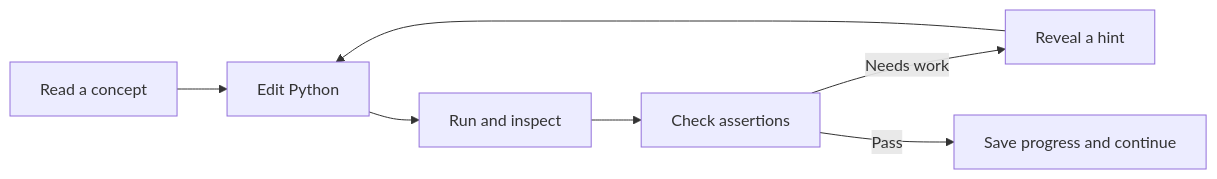
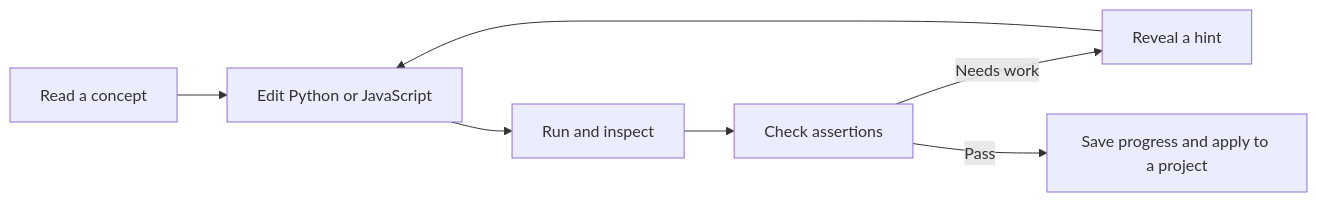
Before and after one commit to ShmalexM/ml-workshop: the diagram in README.md, drawn with Mermaid. The commit also changed other lines of this file and 29 other files, not shown here.

````diff
--- a/README.md
+++ b/README.md
@@ -47,9 +54,9 @@
 ```mermaid
 flowchart LR
-  A[Read a concept] --> B[Edit Python]
+  A[Read a concept] --> B[Edit Python or JavaScript]
   B --> C[Run and inspect]
   C --> D[Check assertions]
   D -->|Needs work| E[Reveal a hint]
   E --> B
-  D -->|Pass| F[Save progress and continue]
+  D -->|Pass| F[Save progress and apply to a project]
 ```
````
